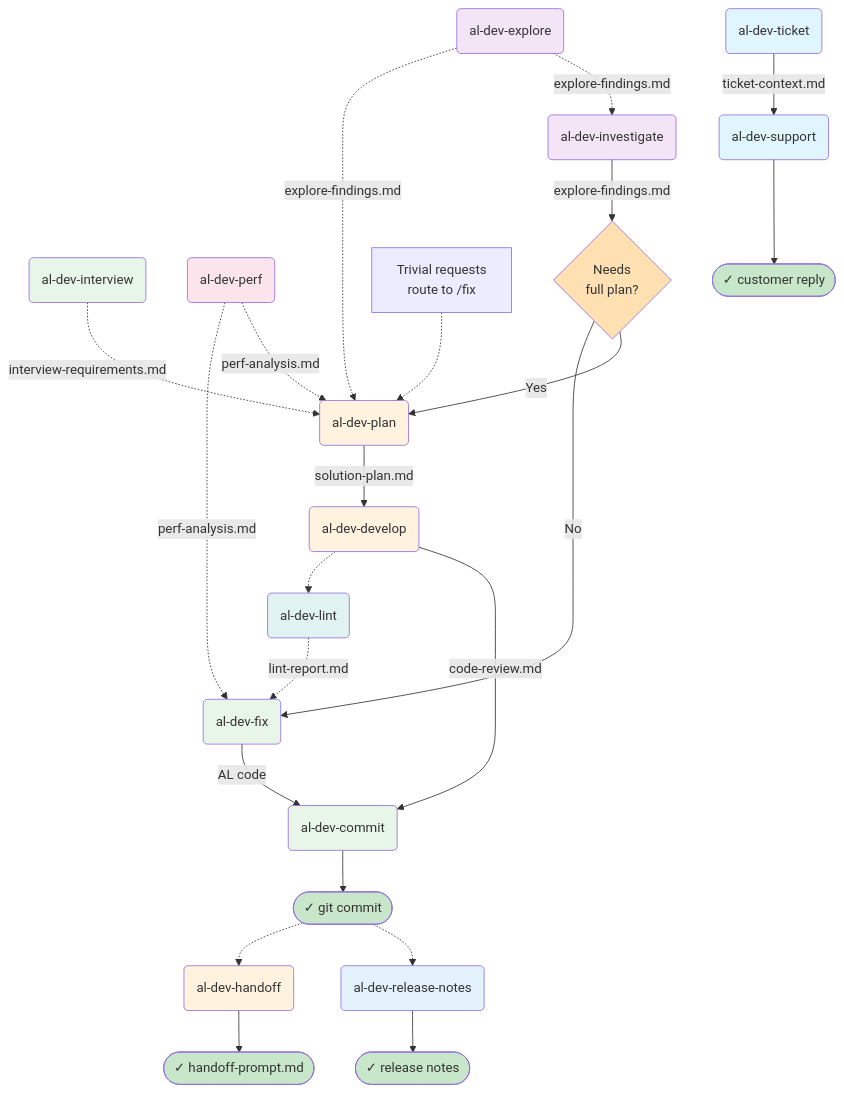
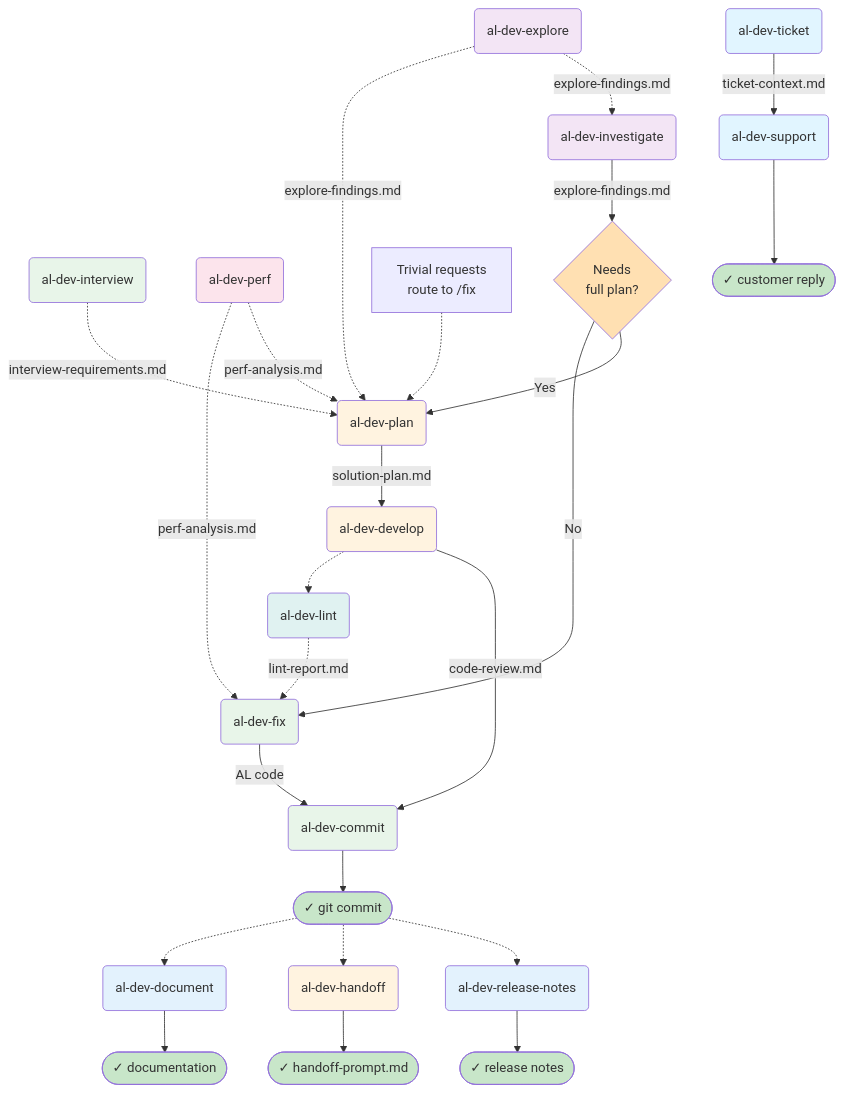
Before and after one commit to russell-laing/al-dev-shared: the first of 18 diagrams in docs/al-dev-plugin-map.md, drawn with Mermaid.

Commit message:
feat(plugin-map): add /al-dev-document post-commit node to Layer 1

````diff
--- a/docs/al-dev-plugin-map.md
+++ b/docs/al-dev-plugin-map.md
@@ -14,57 +14,61 @@
 ```mermaid
 flowchart TD
     %% Pre-planning tributaries (optional)
     Explore("al-dev-explore") -.->|explore-findings.md| Investigate
     Explore -.->|explore-findings.md| Plan
     Interview("al-dev-interview") -.->|interview-requirements.md| Plan
     Perf("al-dev-perf") -.->|perf-analysis.md| Plan
     Perf -.->|perf-analysis.md| FixDirect
 
     %% Entry points
     Ticket("al-dev-ticket") -->|ticket-context.md| Support("al-dev-support")
     Investigate("al-dev-investigate")
     FixDirect("al-dev-fix") -->|AL code| Commit("al-dev-commit")
 
     %% Investigation path branches
     Investigate -->|explore-findings.md| Decision1{Needs<br/>full plan?}
     Decision1 -->|Yes| Plan("al-dev-plan")
     Decision1 -->|No| FixDirect
 
     %% Main development spine
     Plan -->|solution-plan.md| Develop("al-dev-develop")
     Develop -->|code-review.md| Commit
 
     %% Lint feedback loop
     Develop -.-> Lint("al-dev-lint")
     Lint -.->|lint-report.md| FixDirect
 
     %% Complexity gate within plan
     Note["Trivial requests<br/>route to /fix"] -.-> Plan
 
     %% Outputs
     Commit --> Git(["✓ git commit"])
     Git -.-> ReleaseNotes("al-dev-release-notes")
     ReleaseNotes --> Notes(["✓ release notes"])
     Git -.-> Handoff("al-dev-handoff")
     Handoff --> HandoffOut(["✓ handoff-prompt.md"])
+    Git -.-> Document("al-dev-document")
+    Document --> DocOut(["✓ documentation"])
     Support --> Reply(["✓ customer reply"])
 
     style Ticket fill:#e1f5ff
     style Support fill:#e1f5ff
     style Investigate fill:#f3e5f5
     style Explore fill:#f3e5f5
     style Interview fill:#e8f5e9
     style Plan fill:#fff3e0
     style Develop fill:#fff3e0
     style FixDirect fill:#e8f5e9
     style Commit fill:#e8f5e9
     style Git fill:#c8e6c9
     style Notes fill:#c8e6c9
     style Reply fill:#c8e6c9
     style ReleaseNotes fill:#e3f2fd
     style Perf fill:#fce4ec
     style Lint fill:#e0f2f1
     style Handoff fill:#fff3e0
     style HandoffOut fill:#c8e6c9
+    style Document fill:#e3f2fd
+    style DocOut fill:#c8e6c9
     style Decision1 fill:#ffe0b2
 ```
````
